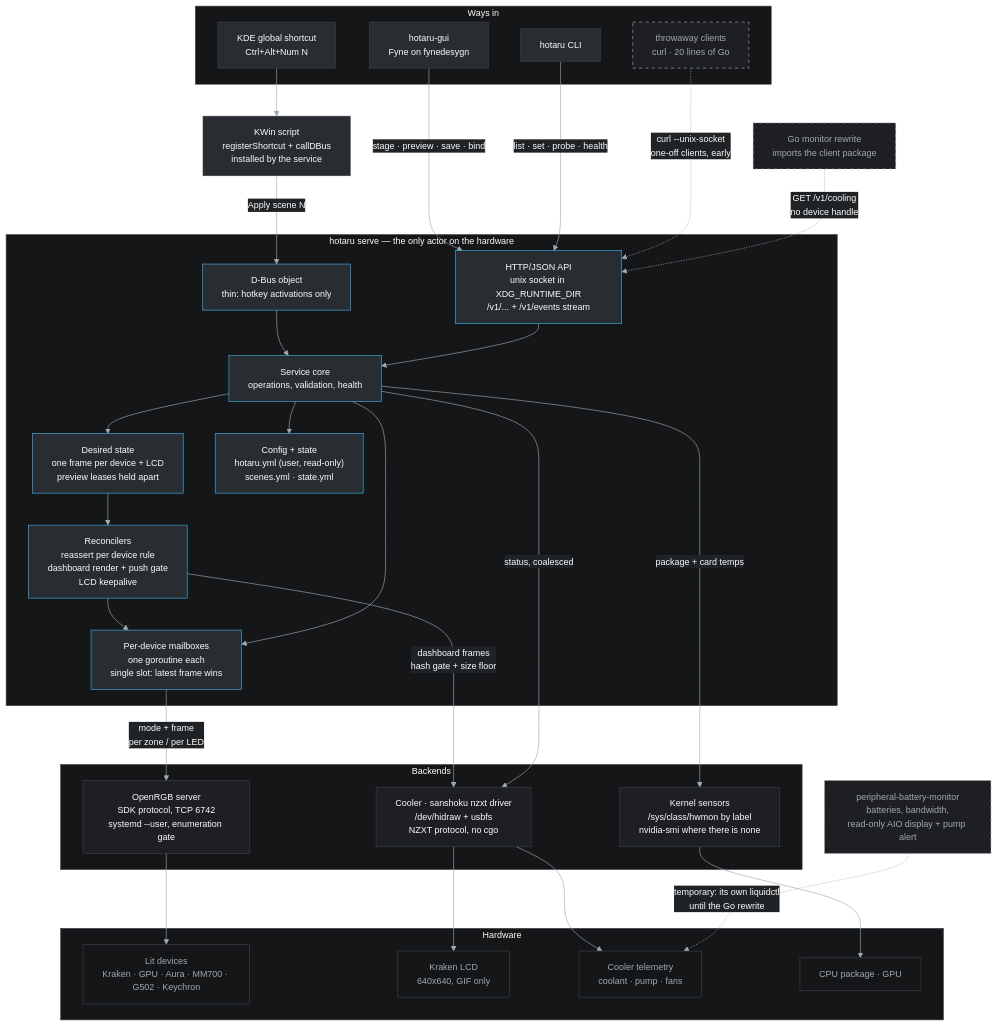
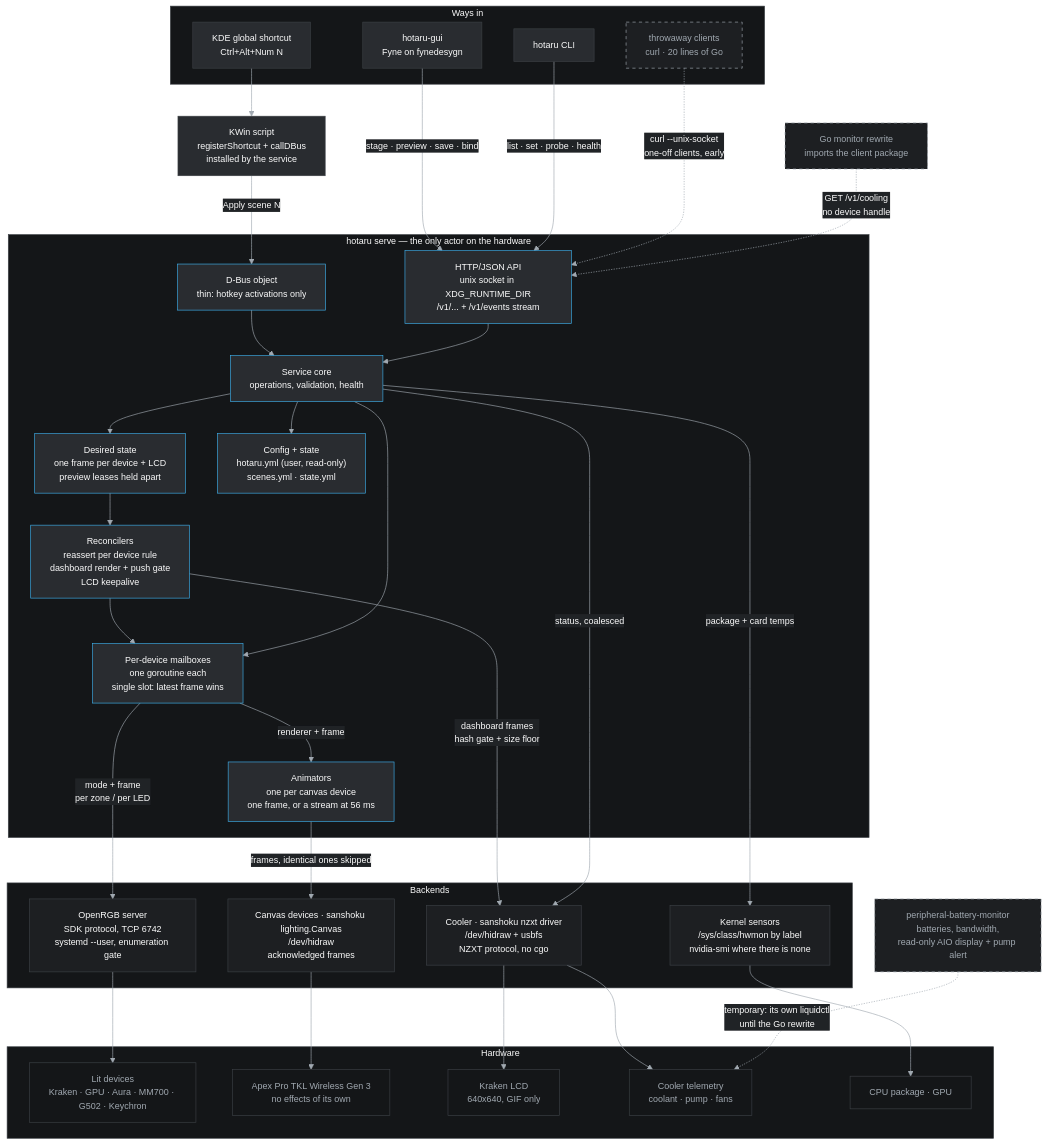
The first of 3 diagrams in docs/architecture.md (ushineko/hotaru), drawn with Mermaid before and after one commit. The commit also changed other lines of this file and 10 other files, not shown here.

First line of the commit message:
docs: canvas devices, the twin rule and the animator

```diff
--- a/docs/architecture.md
+++ b/docs/architecture.md
@@ -35,17 +35,20 @@
         STATE["Desired state<br/>one frame per device + LCD<br/>preview leases held apart"]
         RECON["Reconcilers<br/>reassert per device rule<br/>dashboard render + push gate<br/>LCD keepalive"]
         MBOX["Per-device mailboxes<br/>one goroutine each<br/>single slot: latest frame wins"]
+        ANIM["Animators<br/>one per canvas device<br/>one frame, or a stream at 56 ms"]
         CFG["Config + state<br/>hotaru.yml (user, read-only)<br/>scenes.yml · state.yml"]
     end
 
     subgraph backends["Backends"]
         ORGB["OpenRGB server<br/>SDK protocol, TCP 6742<br/>systemd --user, enumeration gate"]
         COOL["Cooler · sanshoku nzxt driver<br/>/dev/hidraw + usbfs<br/>NZXT protocol, no cgo"]
+        CANV["Canvas devices · sanshoku lighting.Canvas<br/>/dev/hidraw<br/>acknowledged frames"]
         HWMON["Kernel sensors<br/>/sys/class/hwmon by label<br/>nvidia-smi where there is none"]
     end
 
     subgraph hw["Hardware"]
         LIT["Lit devices<br/>Kraken · GPU · Aura · MM700 · G502 · Keychron"]
+        KEYS["Apex Pro TKL Wireless Gen 3<br/>no effects of its own"]
         LCD["Kraken LCD<br/>640x640, GIF only"]
         TELEM["Cooler telemetry<br/>coolant · pump · fans"]
         TEMP["CPU package · GPU"]
@@ -69,11 +72,14 @@
     CORE --> MBOX
 
     MBOX -->|"mode + frame<br/>per zone / per LED"| ORGB
+    MBOX -->|"renderer + frame"| ANIM
+    ANIM -->|"frames, identical ones skipped"| CANV
     RECON -->|"dashboard frames<br/>hash gate + size floor"| COOL
     CORE -->|"status, coalesced"| COOL
     CORE -->|"package + card temps"| HWMON
 
     ORGB --> LIT
+    CANV --> KEYS
     COOL --> LCD
     COOL --> TELEM
     HWMON --> TEMP
@@ -87,9 +93,9 @@
     classDef future fill:#1d1f22,stroke:#a1a9b1,stroke-dasharray:5 5,color:#a1a9b1
     classDef entry fill:#292c30,stroke:#3c4045,color:#fcfcfc
 
-    class DBUS,API,CORE,STATE,RECON,MBOX,CFG svcnode
-    class ORGB,COOL,HWMON backend
-    class LIT,LCD,TELEM,TEMP hwnode
+    class DBUS,API,CORE,STATE,RECON,MBOX,ANIM,CFG svcnode
+    class ORGB,COOL,CANV,HWMON backend
+    class LIT,KEYS,LCD,TELEM,TEMP hwnode
     class KEY,GUI,CLI,KWIN entry
     class DEV future
     class FUTURE,PBM future
```
